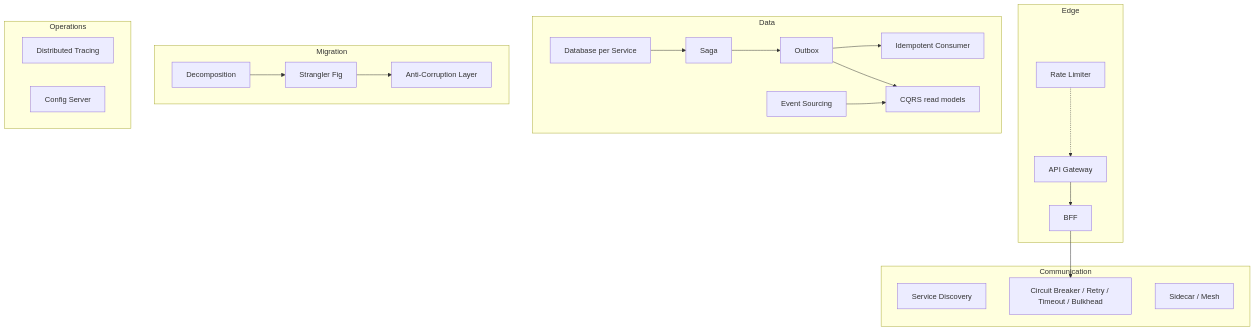
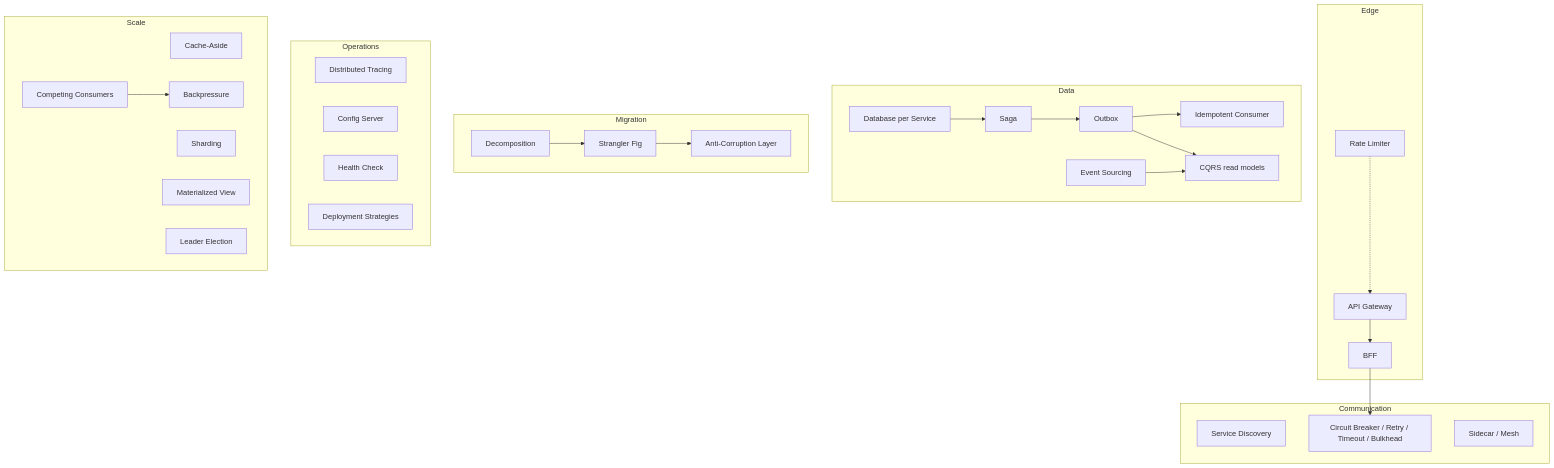
Before and after one commit to khiruashish/java-design-pattern: the diagram in docs/microservices/index.md, drawn with Mermaid. The commit also changed other lines of this file and 39 other files, not shown here.

First line of the commit message:
Add Ambassador, Gateway Aggregation, Health Check and Deployment Strategies pages; update microservices index

````diff
--- a/docs/microservices/index.md
+++ b/docs/microservices/index.md
@@ -36,26 +51,35 @@
 ```mermaid
 flowchart TB
     subgraph Edge
       GW[API Gateway] --> BFF[BFF]
       RL[Rate Limiter] -.-> GW
     end
     subgraph Communication
       SD[Service Discovery]
       CB[Circuit Breaker / Retry / Timeout / Bulkhead]
       MESH[Sidecar / Mesh]
     end
     subgraph Data
       DBS[Database per Service] --> SAGA[Saga]
       SAGA --> OUT[Outbox] --> IDEM[Idempotent Consumer]
       OUT --> CQRS[CQRS read models]
       ES[Event Sourcing] --> CQRS
     end
     subgraph Migration
       DEC[Decomposition] --> STR[Strangler Fig] --> ACL[Anti-Corruption Layer]
     end
     subgraph Operations
       TR[Distributed Tracing]
       CFG[Config Server]
+      HC[Health Check]
+      DEP[Deployment Strategies]
+    end
+    subgraph Scale
+      CA[Cache-Aside]
+      SH[Sharding]
+      MV[Materialized View]
+      CC[Competing Consumers] --> BP[Backpressure]
+      LE[Leader Election]
     end
     BFF --> CB
 ```
````
